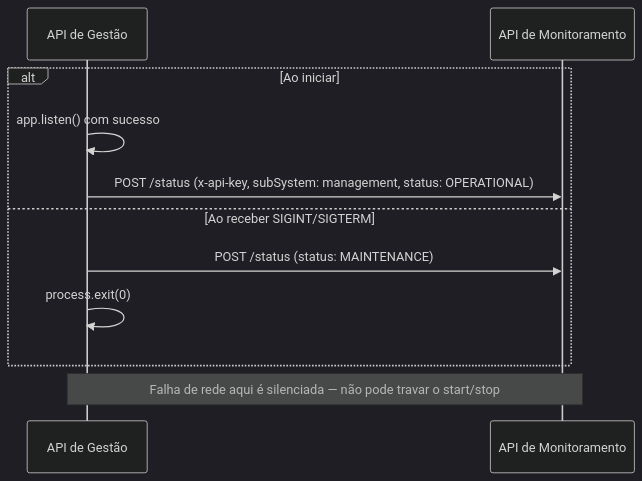
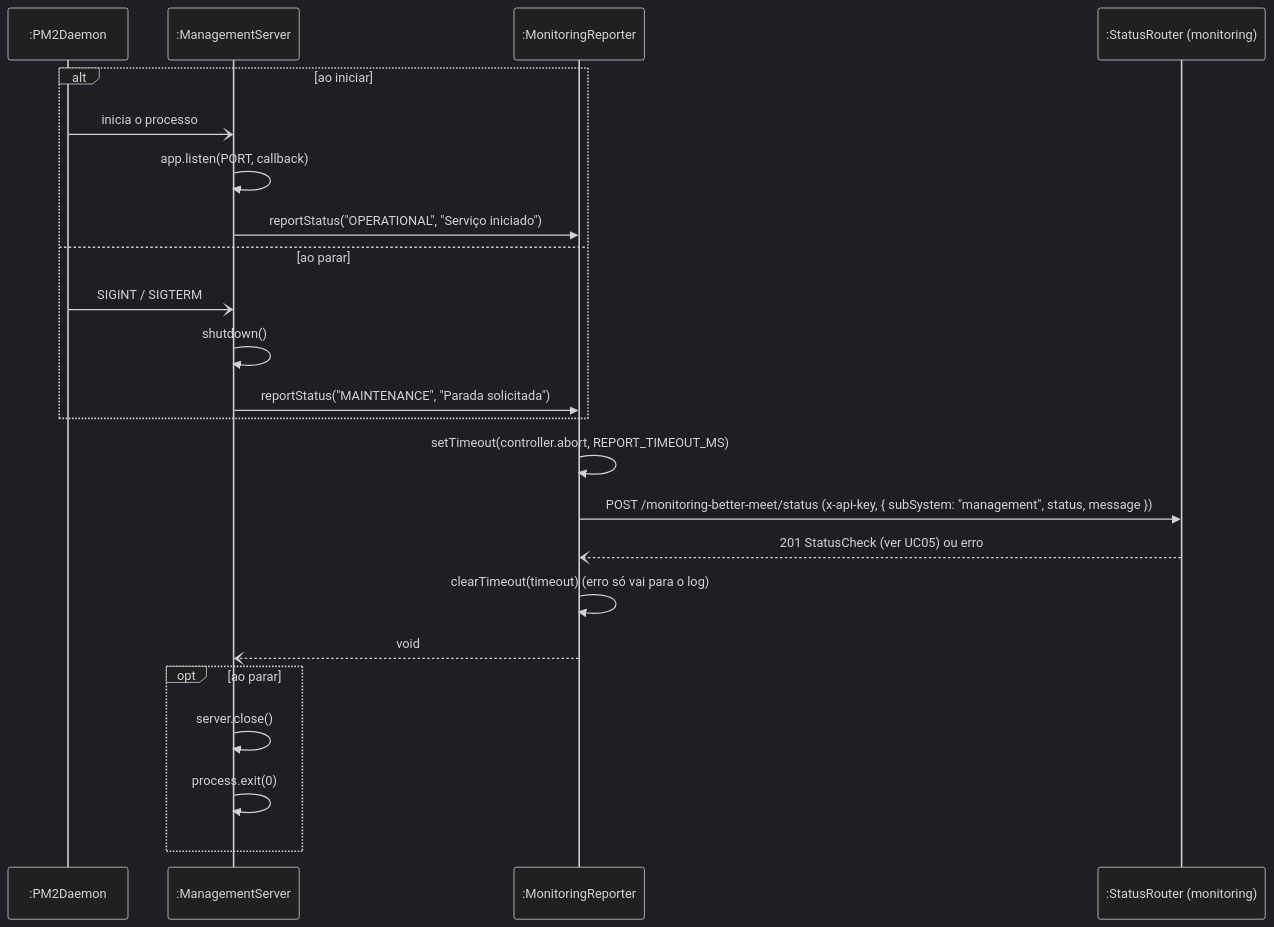
The tenth of 17 diagrams in documentos/entrega2_Di1/requisitos_e_casos_de_uso.md (MiguelIFSP/BRTPDS2-PROJETO-E-DESENVOLVIMENTO-DE-SISTEMAS-2), drawn with Mermaid (dark theme) before and after one commit. The commit also changed other lines of this file and 7 other files, not shown here.

````diff
--- a/documentos/entrega2_Di1/requisitos_e_casos_de_uso.md
+++ b/documentos/entrega2_Di1/requisitos_e_casos_de_uso.md
@@ -521,14 +655,26 @@
 ```mermaid
 sequenceDiagram
-    participant Mgmt as API de Gestão
-    participant Mon as API de Monitoramento
+    participant PM2 as :PM2Daemon
+    participant Srv as :ManagementServer
+    participant Rep as :MonitoringReporter
+    participant Mon as :StatusRouter (monitoring)
 
-    alt Ao iniciar
-        Mgmt->>Mgmt: app.listen() com sucesso
-        Mgmt->>Mon: POST /status (x-api-key, subSystem: management, status: OPERATIONAL)
-    else Ao receber SIGINT/SIGTERM
-        Mgmt->>Mon: POST /status (status: MAINTENANCE)
-        Mgmt->>Mgmt: process.exit(0)
+    alt ao iniciar
+        PM2-)Srv: inicia o processo
+        Srv->>Srv: app.listen(PORT, callback)
+        Srv->>Rep: reportStatus("OPERATIONAL", "Serviço iniciado")
+    else ao parar
+        PM2-)Srv: SIGINT / SIGTERM
+        Srv->>Srv: shutdown()
+        Srv->>Rep: reportStatus("MAINTENANCE", "Parada solicitada")
     end
-    Note over Mgmt,Mon: Falha de rede aqui é silenciada — não pode travar o start/stop
+    Rep->>Rep: setTimeout(controller.abort, REPORT_TIMEOUT_MS)
+    Rep->>Mon: POST /monitoring-better-meet/status (x-api-key, { subSystem: "management", status, message })
+    Mon--)Rep: 201 StatusCheck (ver UC05) ou erro
+    Rep->>Rep: clearTimeout(timeout) (erro só vai para o log)
+    Rep--)Srv: void
+    opt ao parar
+        Srv->>Srv: server.close()
+        Srv->>Srv: process.exit(0)
+    end
 ```
````
